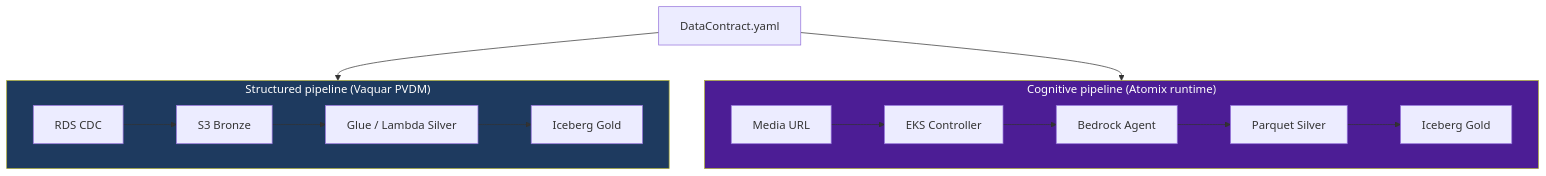
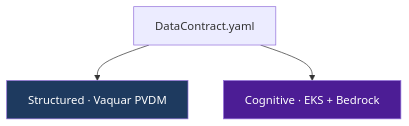
The sixth of 7 diagrams in README.md (vaquarkhan/CogniMesh), drawn with Mermaid before and after one commit. The commit also changed other lines of this file and 40 other files, not shown here.

````diff
--- a/README.md
+++ b/README.md
@@ -267,25 +225,9 @@
 ```mermaid
 flowchart TB
     DC["DataContract.yaml"]
-
-    DC --> Structured
-    DC --> Cognitive
-
-    subgraph Structured["Structured pipeline (Vaquar PVDM)"]
-        direction LR
-        CDC["RDS CDC"] --> Bronze["S3 Bronze"]
-        Bronze --> Silver["Glue / Lambda Silver"]
-        Silver --> Gold["Iceberg Gold"]
-    end
-
-    subgraph Cognitive["Cognitive pipeline (Atomix runtime)"]
-        direction LR
-        Media["Media URL"] --> EKS["EKS Controller"]
-        EKS --> Agent["Bedrock Agent"]
-        Agent --> PQ["Parquet Silver"]
-        PQ --> ICE["Iceberg Gold"]
-    end
+    DC --> Structured["Structured · Vaquar PVDM"]
+    DC --> Cognitive["Cognitive · EKS + Bedrock"]
 
     style Structured fill:#1e3a5f,color:#fff
     style Cognitive fill:#4c1d95,color:#fff
 ```
````
